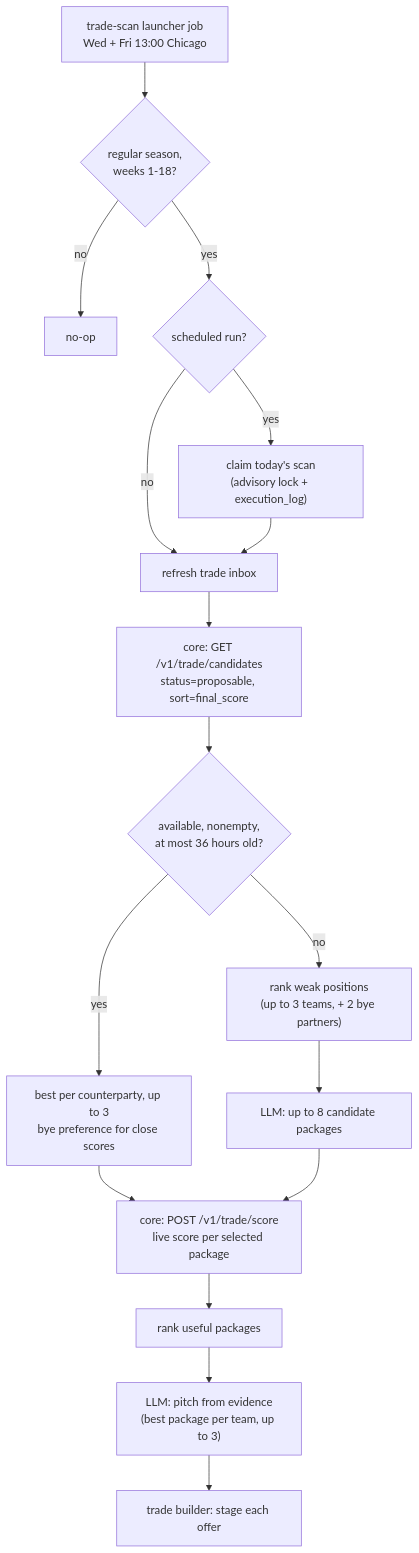
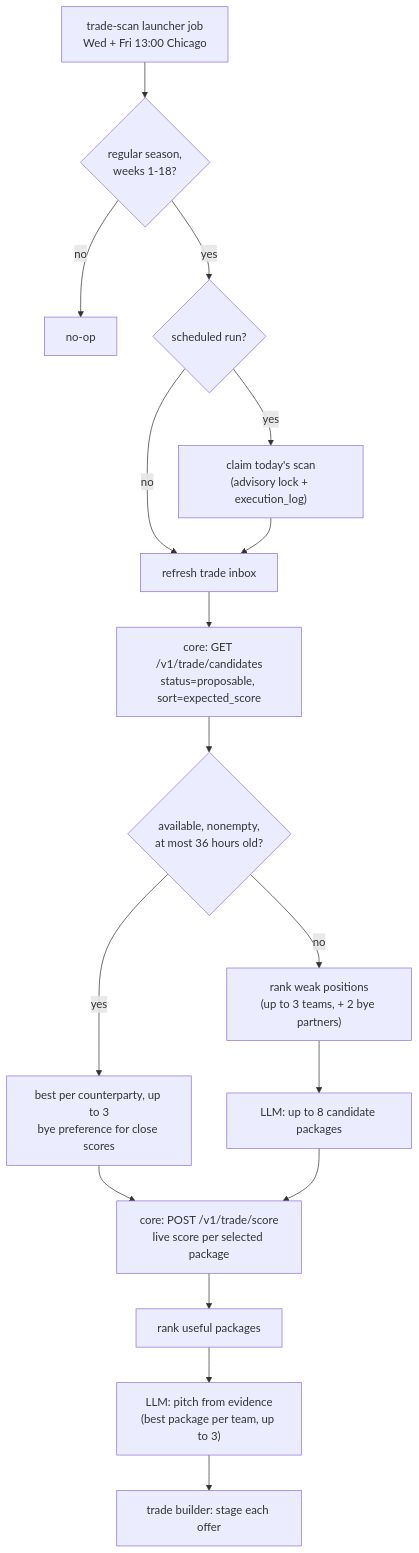
One commit to cvillarr23/fantasy-browser-worker changed the diagram in docs/bots/trade-proposal-and-scan.md. Above: the diagram before and after it, drawn with Mermaid. The commit also changed other lines of this file and 3 other files, not shown here.

First line of the commit message:
Rank trade-scan candidates and runner-ups by expected_score (#265)

````diff
--- a/docs/bots/trade-proposal-and-scan.md
+++ b/docs/bots/trade-proposal-and-scan.md
@@ -9,19 +9,19 @@
 ```mermaid
 flowchart TD
     cron["trade-scan launcher job\nWed + Fri 13:00 Chicago"] --> gate{"regular season,\nweeks 1-18?"}
     gate -->|no| noop["no-op"]
     gate -->|yes| trigger{"scheduled run?"}
     trigger -->|yes| claim["claim today's scan\n(advisory lock + execution_log)"]
     trigger -->|no| inbox["refresh trade inbox"]
     claim --> inbox["refresh trade inbox"]
-    inbox --> candidates["core: GET /v1/trade/candidates\nstatus=proposable, sort=final_score"]
+    inbox --> candidates["core: GET /v1/trade/candidates\nstatus=proposable, sort=expected_score"]
     candidates --> fresh{"available, nonempty,\nat most 36 hours old?"}
     fresh -->|yes| pick["best per counterparty, up to 3\nbye preference for close scores"]
     fresh -->|no| target["rank weak positions\n(up to 3 teams, + 2 bye partners)"]
     target --> llm1["LLM: up to 8 candidate packages"]
     pick --> score["core: POST /v1/trade/score\nlive score per selected package"]
     llm1 --> score
     score --> rank["rank useful packages"]
     rank --> llm2["LLM: pitch from evidence\n(best package per team, up to 3)"]
     llm2 --> stage["trade builder: stage each offer"]
 ```
````
